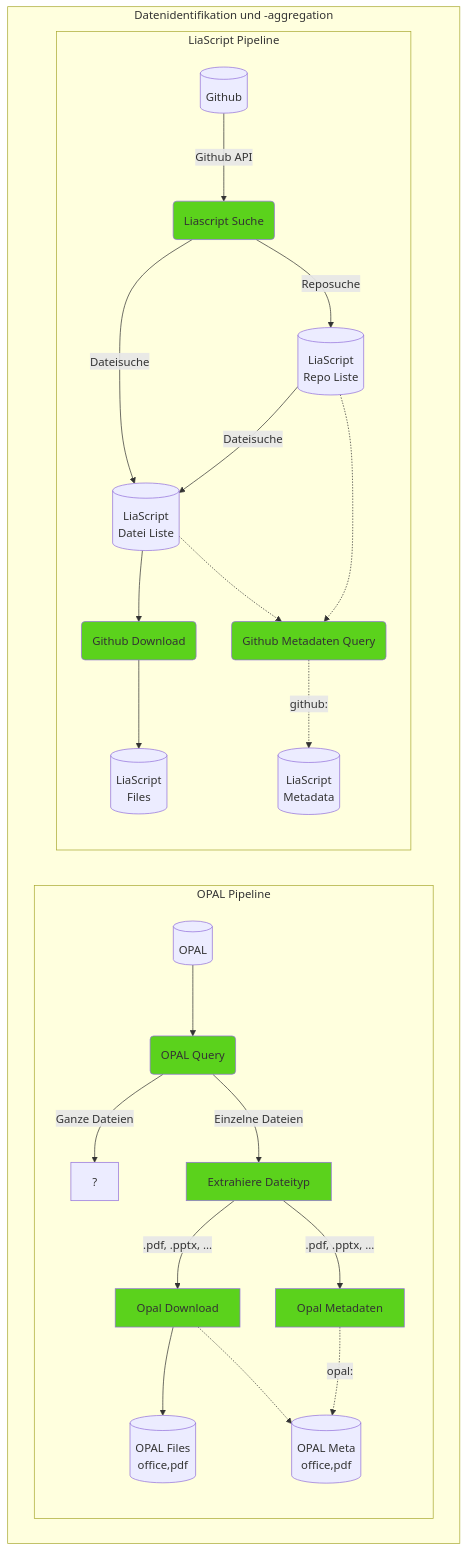
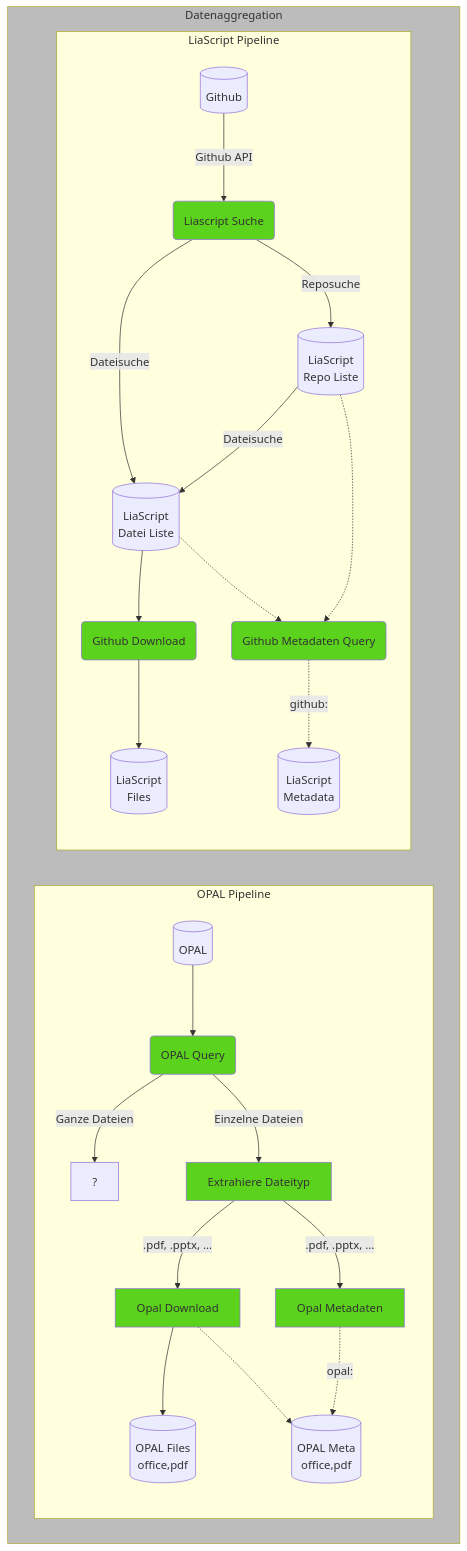
Before and after one commit to TUBAF-IFI-ConnectedLecturer/Data_aggregation: the first of 2 diagrams in README.md, drawn with Mermaid. The commit also changed other lines of this file, not shown here.

````diff
--- a/README.md
+++ b/README.md
@@ -47,39 +47,39 @@
 ```mermaid
 flowchart TD
 
     classDef green fill:#5bd21c
     classDef yellow fill:#ffd966
     classDef gray fill:#bcbcbc
 
-    subgraph Datenidentifikation und -aggregation
+    subgraph Datenaggregation
     subgraph OPAL Pipeline  
     direction TB
     OPAL[(OPAL)] --> OPAL_QUERY(OPAL Query):::green
     OPAL_QUERY --> |Ganze  Dateien| OPAL_REPOS[?]
     OPAL_QUERY --> |Einzelne Dateien| TYPE_FILTER[Extrahiere Dateityp]:::green
     TYPE_FILTER -->  |.pdf, .pptx, ... | OPAL_DOWNLOAD[Opal Download]:::green
     TYPE_FILTER -->  |.pdf, .pptx, ... | EXTRACT_OPAL_META[Opal Metadaten]:::green
     OPAL_DOWNLOAD -->  OPAL_FILES[(OPAL Files\noffice,pdf)]
     OPAL_DOWNLOAD -.->  OPAL_METADATA_FILES[(OPAL Meta\noffice,pdf)]
     EXTRACT_OPAL_META -. opal: .->  OPAL_METADATA_FILES[(OPAL Meta\noffice,pdf)]
     end    
 
     subgraph LiaScript Pipeline
     direction TB
     LIA_IDENT(Liascript Suche)
     GITHUB[(Github)] --> |Github API| LIA_IDENT:::green
     LIA_REPOS --> |Dateisuche| LIA_FILES
     LIA_IDENT --> |Dateisuche| LIA_FILES[(LiaScript\nDatei Liste)]
     LIA_IDENT --> |Reposuche| LIA_REPOS[(LiaScript\nRepo Liste)]
 
     LIA_FILES -->  GITHUB_DOWNLOAD(Github Download):::green
     GITHUB_DOWNLOAD -->  LIA_FILES_[(LiaScript\nFiles)]
     LIA_REPOS -.-> FEATURE_EXTRACTION_LIA(Github Metadaten Query)
     FEATURE_EXTRACTION_LIA  -. github: .->  LIA_METADATA_FILES[(LiaScript\nMetadata)]
     LIA_FILES -.-> FEATURE_EXTRACTION_LIA
     FEATURE_EXTRACTION_LIA:::green
     end  
     end
 
-    class Materialidentifikation, gray
+    class Datenaggregation, gray
 ```
````
